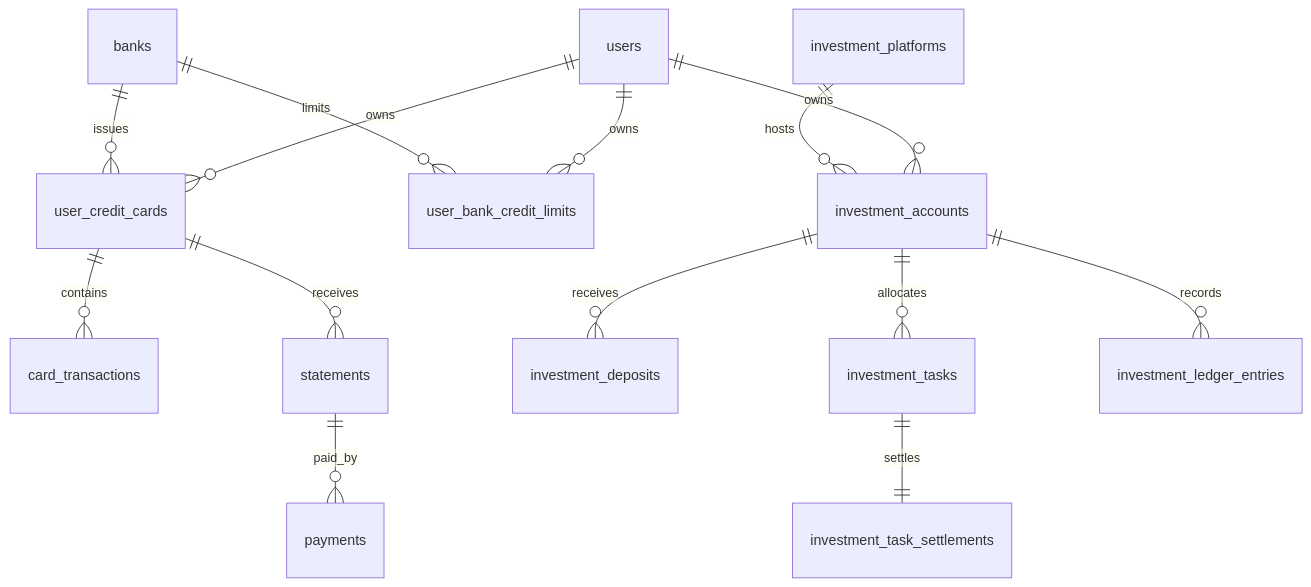
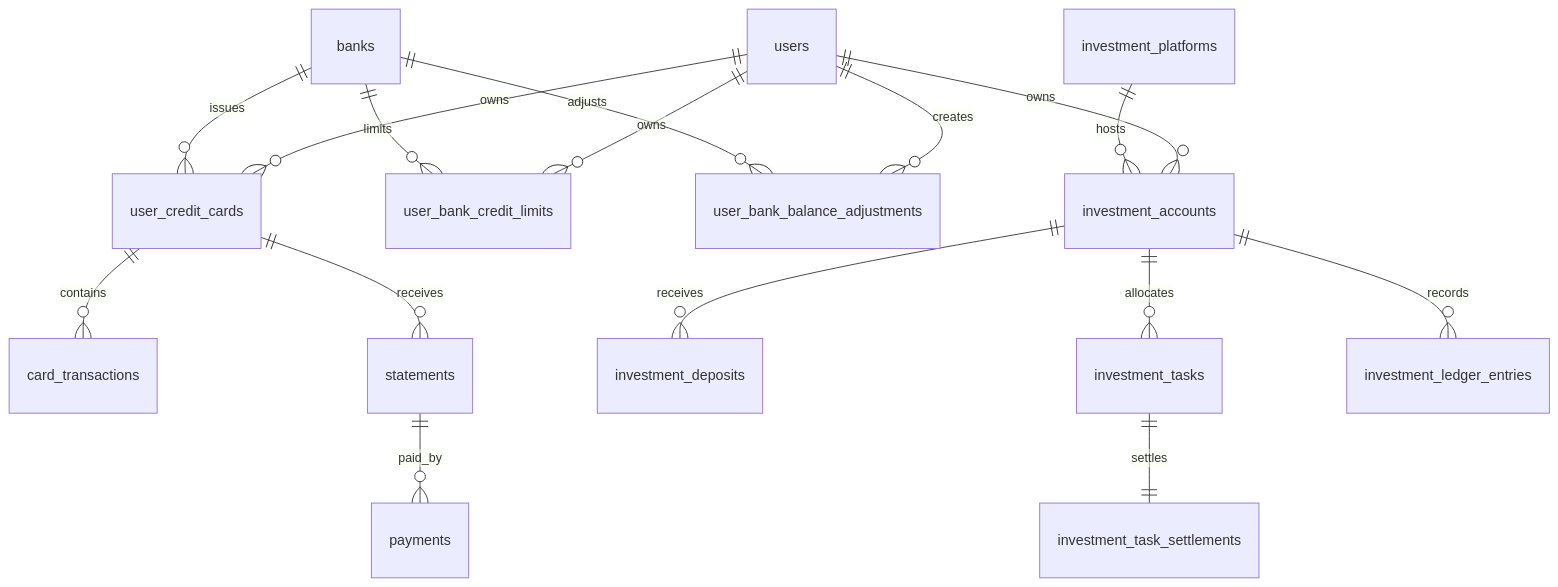
Before and after one commit to pvhao2002/kira-app: the diagram in kira-bank/docs/database/erd.md, drawn with Mermaid. The commit also changed other lines of this file and 177 other files, not shown here.

Commit message:
feat: add user bank balance adjustments and related schema updates

````diff
--- a/kira-bank/docs/database/erd.md
+++ b/kira-bank/docs/database/erd.md
@@ -3,16 +3,18 @@
 ```mermaid
 erDiagram
  users ||--o{ user_credit_cards : owns
  users ||--o{ user_bank_credit_limits : owns
+ users ||--o{ user_bank_balance_adjustments : creates
  banks ||--o{ user_credit_cards : issues
  banks ||--o{ user_bank_credit_limits : limits
+ banks ||--o{ user_bank_balance_adjustments : adjusts
  user_credit_cards ||--o{ card_transactions : contains
  user_credit_cards ||--o{ statements : receives
  statements ||--o{ payments : paid_by
  users ||--o{ investment_accounts : owns
  investment_platforms ||--o{ investment_accounts : hosts
  investment_accounts ||--o{ investment_deposits : receives
  investment_accounts ||--o{ investment_tasks : allocates
  investment_tasks ||--|| investment_task_settlements : settles
  investment_accounts ||--o{ investment_ledger_entries : records
 ```
````
